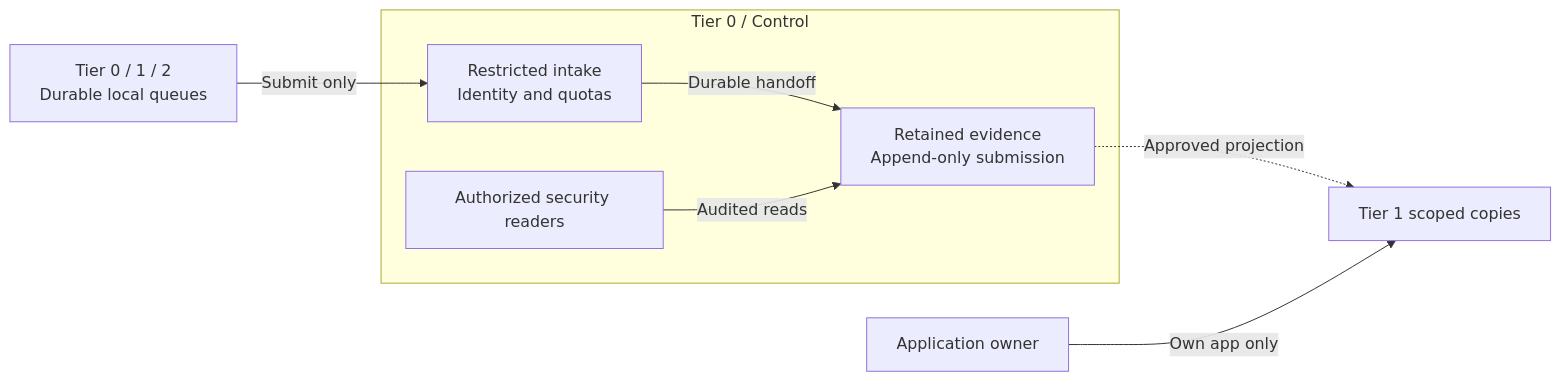
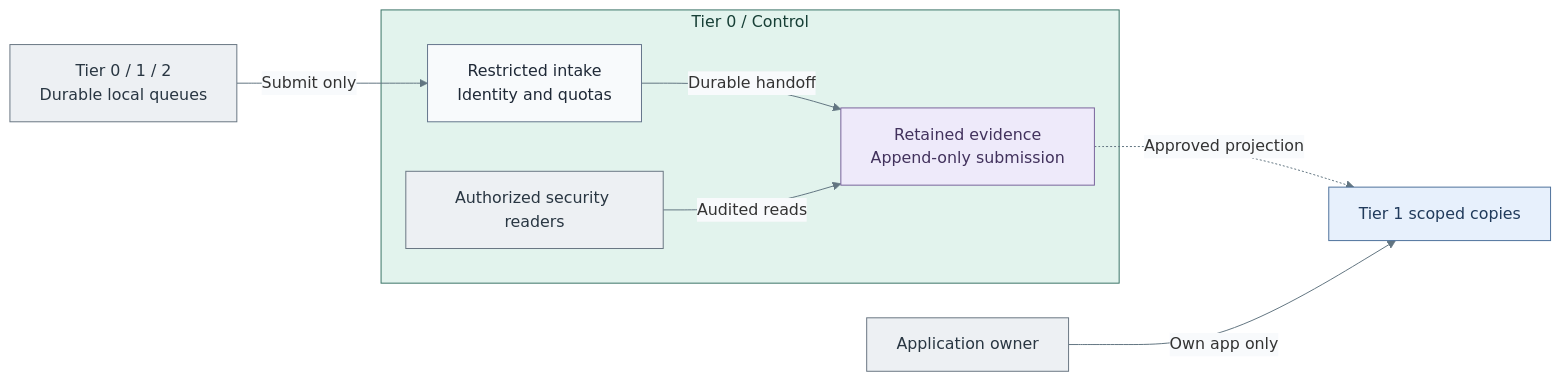
The diagram in docs/architecture/operations/security-logging.md (Rexus/homelab), drawn with Mermaid before and after one commit. The commit also changed 49 other files, not shown here.

Commit message:
docs(diagrams): clarify tier layouts and visual styles

````diff
--- a/docs/architecture/operations/security-logging.md
+++ b/docs/architecture/operations/security-logging.md
@@ -20,12 +20,22 @@
 ```mermaid
+%%{init: {"theme":"base","themeVariables":{"lineColor":"#627581","edgeLabelBackground":"#f8fafc"}}}%%
 flowchart LR
   Sources["Tier 0 / 1 / 2<br/>Durable local queues"] -->|Submit only| Intake
   subgraph T0["Tier 0 / Control"]
     Intake["Restricted intake<br/>Identity and quotas"]
     Evidence["Retained evidence<br/>Append-only submission"]
     Intake -->|Durable handoff| Evidence
     Readers["Authorized security readers"] -->|Audited reads| Evidence
   end
   Evidence -. Approved projection .-> Search["Tier 1 scoped copies"]
   Developer["Application owner"] -->|Own app only| Search
+  classDef default fill:#f8fafc,stroke:#64748b,color:#1f2937
+  classDef actor fill:#edf0f3,stroke:#697682,color:#293642
+  classDef control fill:#e2f3ed,stroke:#397366,color:#173f36
+  classDef data fill:#eeeafa,stroke:#78639b,color:#42325d
+  classDef services fill:#e7f0fc,stroke:#4d719b,color:#203a5b
+  class Sources,Readers,Developer actor
+  class T0 control
+  class Evidence data
+  class Search services
 ```
````
